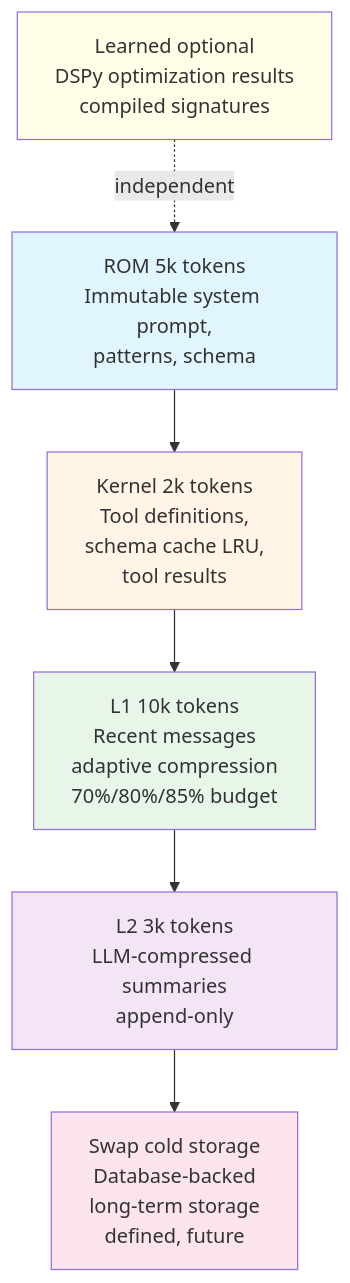
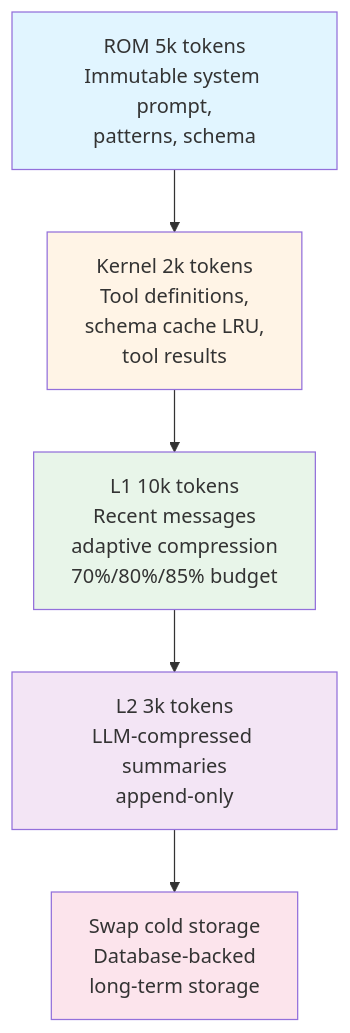
Before and after one commit to teradata-labs/loom: the third of 9 diagrams in docs/architecture/loom-system-architecture.md, drawn with Mermaid. The commit also changed other lines of this file and 151 other files, not shown here.

First line of the commit message:
feat: salience-driven graph memory system (#133)

````diff
--- a/docs/architecture/loom-system-architecture.md
+++ b/docs/architecture/loom-system-architecture.md
@@ -225,19 +225,16 @@
 ```mermaid
 graph TD
     ROM[ROM 5k tokens<br/>Immutable system prompt,<br/>patterns, schema]
     Kernel[Kernel 2k tokens<br/>Tool definitions,<br/>schema cache LRU,<br/>tool results]
     L1[L1 10k tokens<br/>Recent messages<br/>adaptive compression<br/>70%/80%/85% budget]
     L2[L2 3k tokens<br/>LLM-compressed summaries<br/>append-only]
-    Swap[Swap cold storage<br/>Database-backed<br/>long-term storage<br/>defined, future]
-    Learned[Learned optional<br/>DSPy optimization results<br/>compiled signatures]
+    Swap[Swap cold storage<br/>Database-backed<br/>long-term storage]
 
     ROM --> Kernel --> L1 --> L2 --> Swap
-    Learned -.->|independent| ROM
 
     style ROM fill:#e1f5ff
     style Kernel fill:#fff4e6
     style L1 fill:#e8f5e9
     style L2 fill:#f3e5f5
     style Swap fill:#fce4ec
-    style Learned fill:#fffde7
 ```
````
